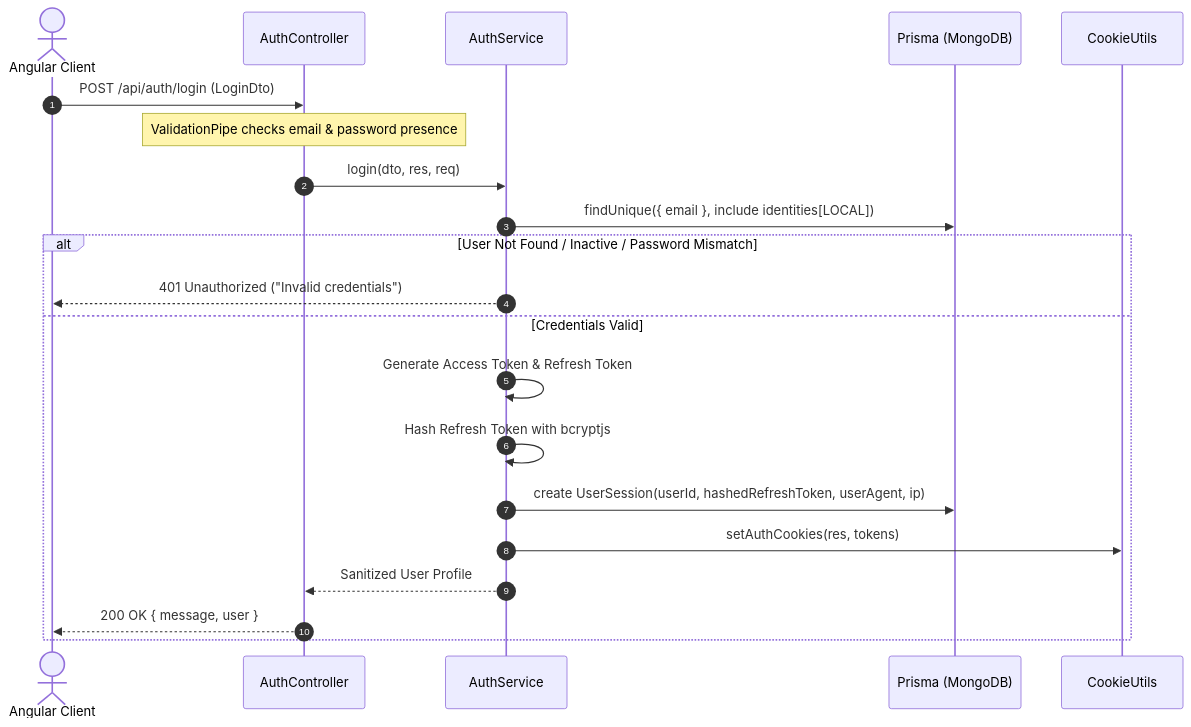
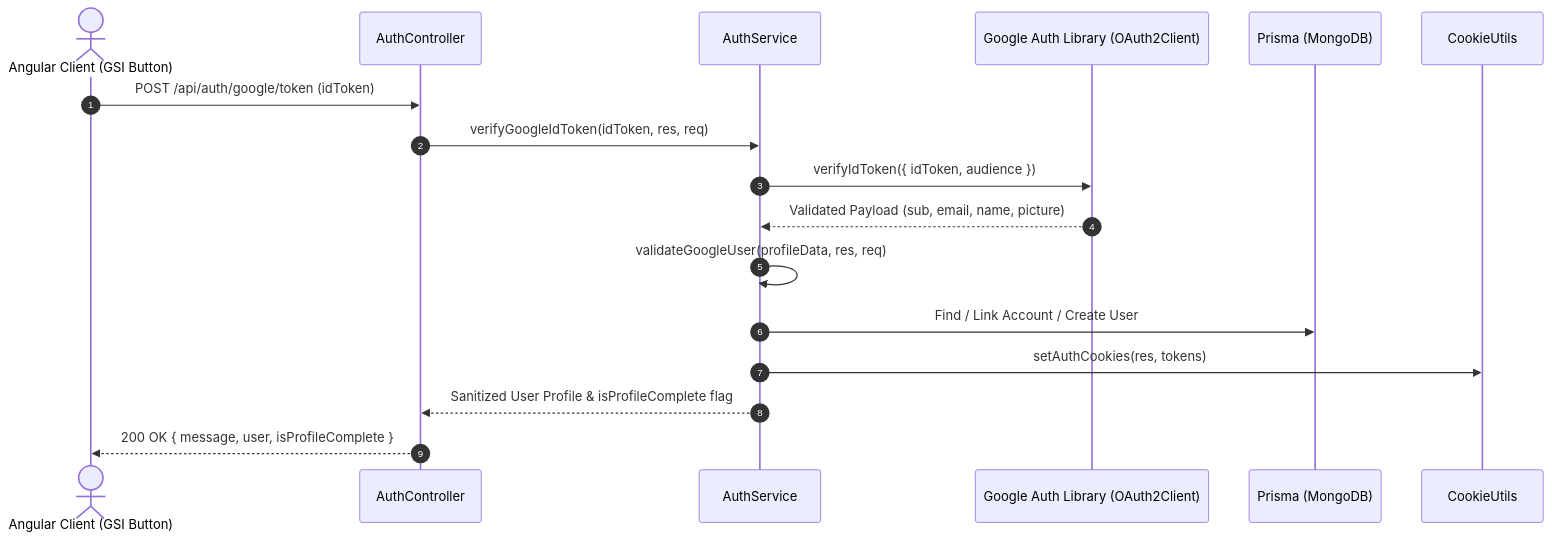
One commit to Parthasrikar/hospital-services changed the fourth of 6 diagrams in docs/auth_implementation_docs.md. Above: the diagram before and after it, drawn with Mermaid. The commit also changed other lines of this file and 24 other files, not shown here.

Commit message:
feat: implement Google OAuth authentication and progressive user onboarding flow

````diff
--- a/docs/auth_implementation_docs.md
+++ b/docs/auth_implementation_docs.md
@@ -159,24 +210,20 @@
 ```mermaid
 sequenceDiagram
     autonumber
-    actor Client as Angular Client
+    actor Client as Angular Client (GSI Button)
     participant Controller as AuthController
     participant Service as AuthService
+    participant Google as Google Auth Library (OAuth2Client)
     participant DB as Prisma (MongoDB)
     participant Cookie as CookieUtils
 
-    Client->>Controller: POST /api/auth/login (LoginDto)
-    Note over Controller: ValidationPipe checks email & password presence
-    Controller->>Service: login(dto, res, req)
-    Service->>DB: findUnique({ email }, include identities[LOCAL])
-    alt User Not Found / Inactive / Password Mismatch
-        Service-->>Client: 401 Unauthorized ("Invalid credentials")
-    else Credentials Valid
-        Service->>Service: Generate Access Token & Refresh Token
-        Service->>Service: Hash Refresh Token with bcryptjs
-        Service->>DB: create UserSession(userId, hashedRefreshToken, userAgent, ip)
-        Service->>Cookie: setAuthCookies(res, tokens)
-        Service-->>Controller: Sanitized User Profile
-        Controller-->>Client: 200 OK { message, user }
-    end
+    Client->>Controller: POST /api/auth/google/token (idToken)
+    Controller->>Service: verifyGoogleIdToken(idToken, res, req)
+    Service->>Google: verifyIdToken({ idToken, audience })
+    Google-->>Service: Validated Payload (sub, email, name, picture)
+    Service->>Service: validateGoogleUser(profileData, res, req)
+    Service->>DB: Find / Link Account / Create User
+    Service->>Cookie: setAuthCookies(res, tokens)
+    Service-->>Controller: Sanitized User Profile & isProfileComplete flag
+    Controller-->>Client: 200 OK { message, user, isProfileComplete }
 ```
````
